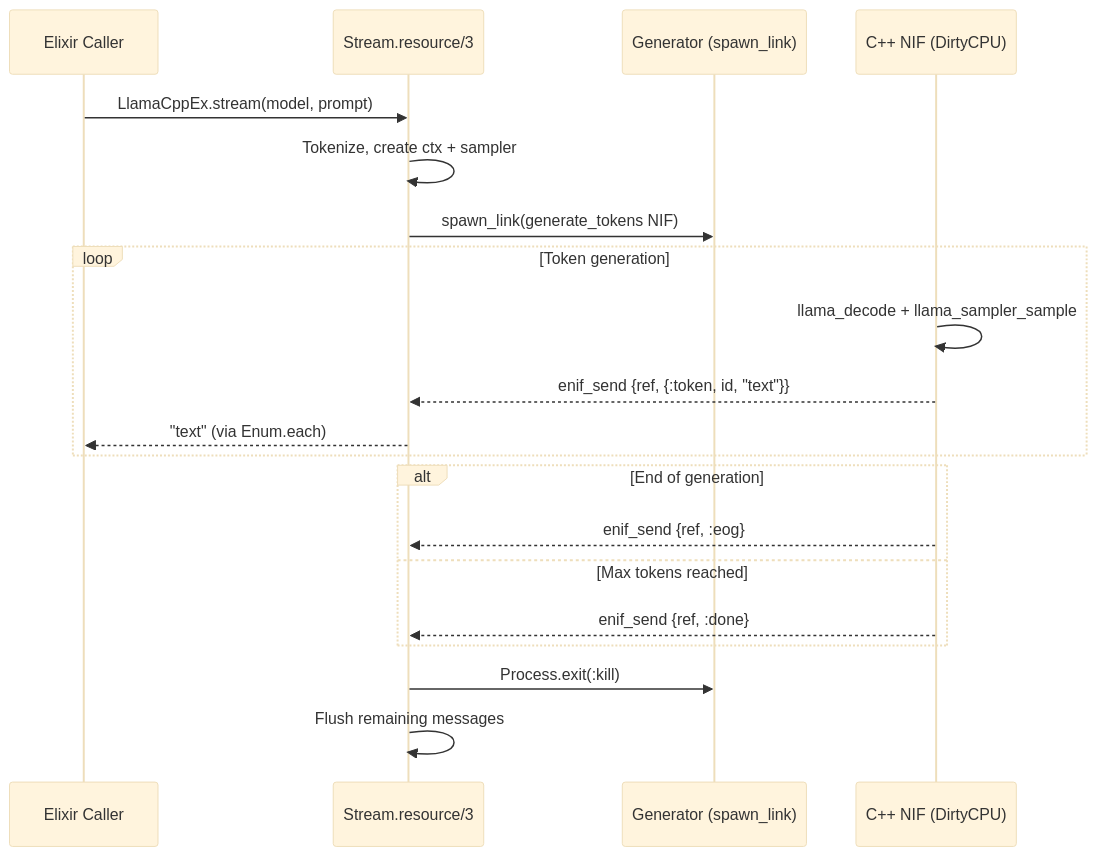
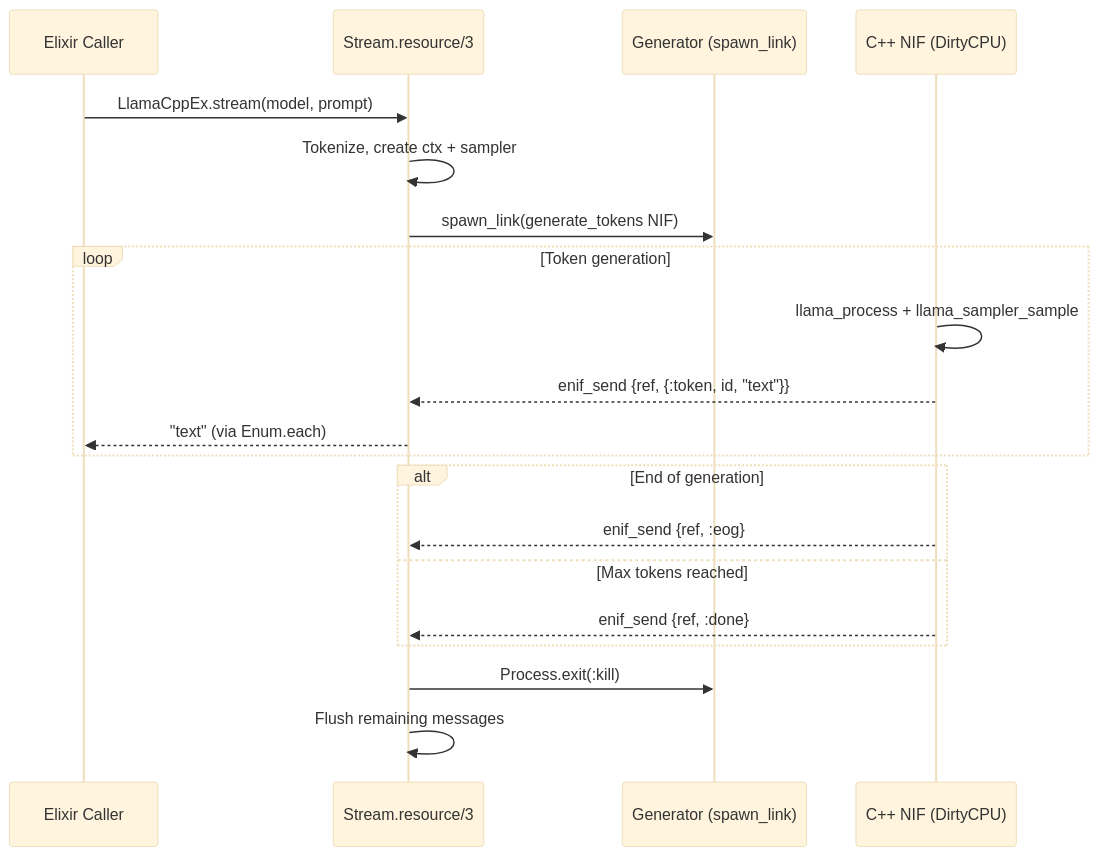
One commit to nyo16/llama_cpp_ex changed the fifth of 8 diagrams in docs/architecture.md. Above: the diagram before and after it, drawn with Mermaid (base theme). The commit also changed other lines of this file and 10 other files, not shown here.

````diff
--- a/docs/architecture.md
+++ b/docs/architecture.md
@@ -181,27 +181,27 @@
 ```mermaid
 sequenceDiagram
     participant User as Elixir Caller
     participant Stream as Stream.resource/3
     participant Gen as Generator (spawn_link)
     participant NIF as C++ NIF (DirtyCPU)
 
     User->>Stream: LlamaCppEx.stream(model, prompt)
 
     Stream->>Stream: Tokenize, create ctx + sampler
     Stream->>Gen: spawn_link(generate_tokens NIF)
 
     loop Token generation
-        NIF->>NIF: llama_decode + llama_sampler_sample
+        NIF->>NIF: llama_process + llama_sampler_sample
         NIF-->>Stream: enif_send {ref, {:token, id, "text"}}
         Stream-->>User: "text" (via Enum.each)
     end
 
     alt End of generation
         NIF-->>Stream: enif_send {ref, :eog}
     else Max tokens reached
         NIF-->>Stream: enif_send {ref, :done}
     end
 
     Stream->>Gen: Process.exit(:kill)
     Stream->>Stream: Flush remaining messages
 ```
````
